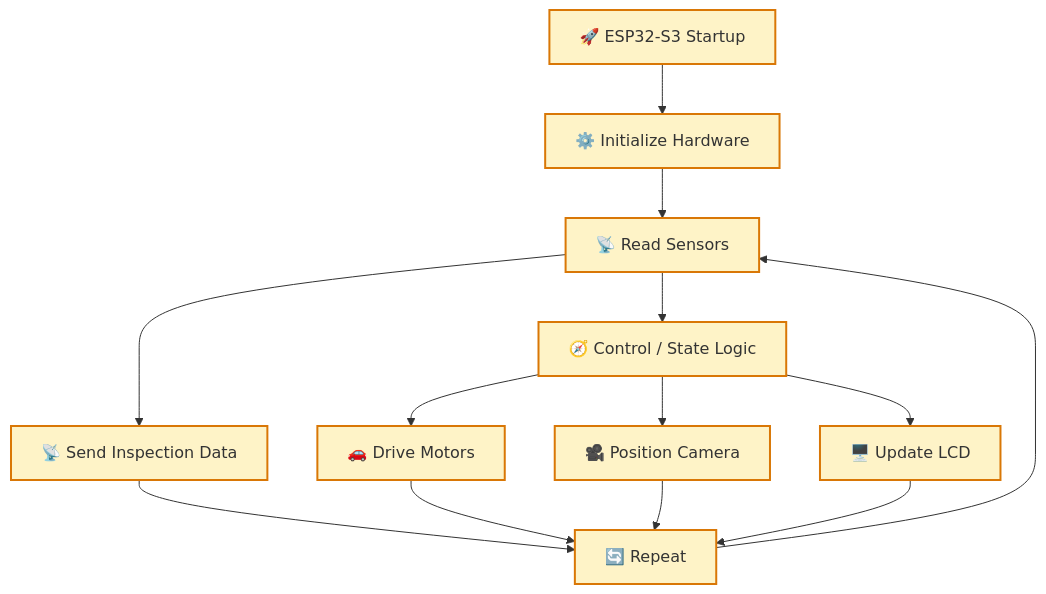
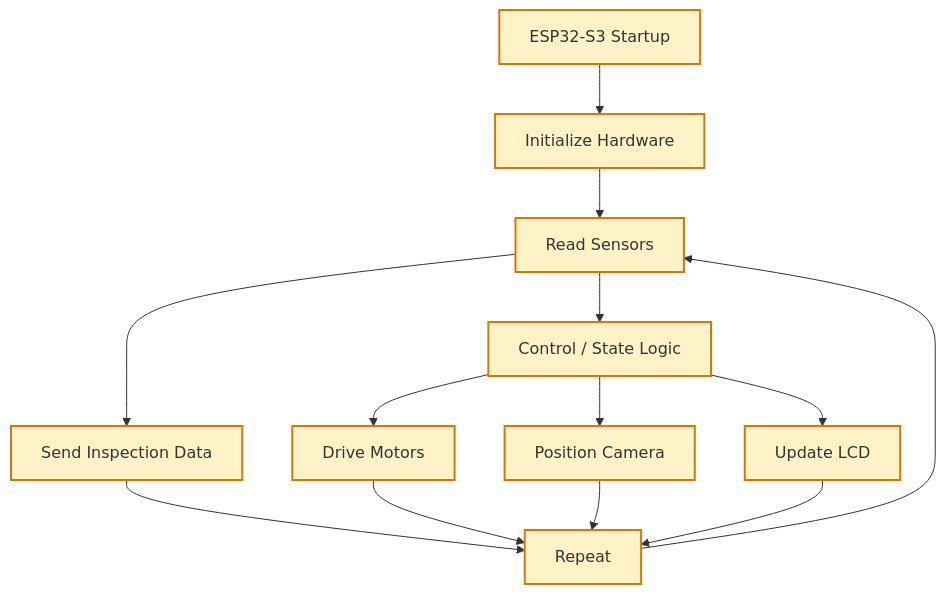
One commit to robotahmid07-debug/Team-Obsidian_BuildAthon_Competition-by-RoboNauts changed the fourth of 5 diagrams in EdgeCrop_System_Architecture_Upgraded.md. Above: the diagram before and after it, drawn with Mermaid. The commit also changed other lines of this file, not shown here.

````diff
--- a/EdgeCrop_System_Architecture_Upgraded.md
+++ b/EdgeCrop_System_Architecture_Upgraded.md
@@ -305,27 +305,27 @@
 ```mermaid
 flowchart TB
 
-    START["🚀 ESP32-S3 Startup"]
-    INIT["⚙️ Initialize Hardware"]
-    READ["📡 Read Sensors"]
-    DECIDE["🧭 Control / State Logic"]
-    DRIVE["🚗 Drive Motors"]
-    CAMERA["🎥 Position Camera"]
-    DISPLAY["🖥️ Update LCD"]
-    SEND["📡 Send Inspection Data"]
-    LOOP["🔄 Repeat"]
+    START[" ESP32-S3 Startup"]
+    INIT[" Initialize Hardware"]
+    READ[" Read Sensors"]
+    DECIDE[" Control / State Logic"]
+    DRIVE[" Drive Motors"]
+    CAMERA[" Position Camera"]
+    DISPLAY[" Update LCD"]
+    SEND[" Send Inspection Data"]
+    LOOP[" Repeat"]
 
     START --> INIT --> READ --> DECIDE
     DECIDE --> DRIVE
     DECIDE --> CAMERA
     DECIDE --> DISPLAY
     READ --> SEND
     SEND --> LOOP
     DRIVE --> LOOP
     CAMERA --> LOOP
     DISPLAY --> LOOP
     LOOP --> READ
 
     classDef control fill:#fef3c7,stroke:#d97706,stroke-width:2px;
     class START,INIT,READ,DECIDE,DRIVE,CAMERA,DISPLAY,SEND,LOOP control;
 ```
````
